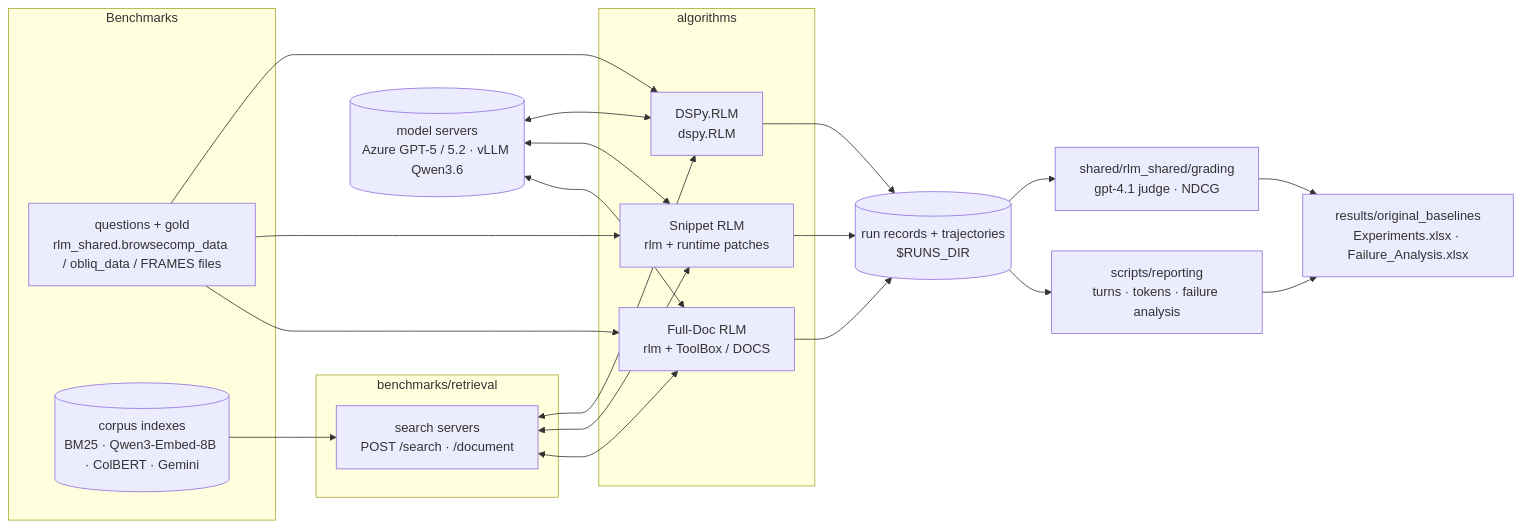
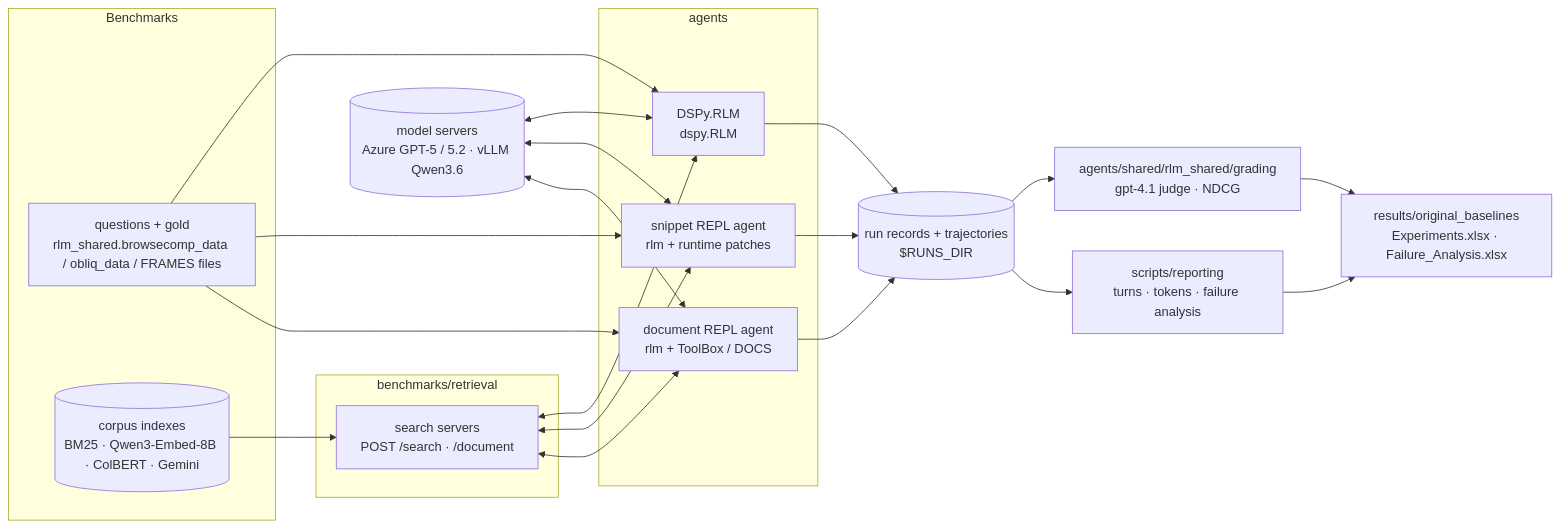
Before and after one commit to benayedi/rlm-retrieval-agents: the diagram in docs/architecture/OVERVIEW.md, drawn with Mermaid. The commit also changed other lines of this file and 475 other files, not shown here.

````diff
--- a/docs/architecture/OVERVIEW.md
+++ b/docs/architecture/OVERVIEW.md
@@ -5,25 +5,25 @@
 ```mermaid
 flowchart LR
   subgraph data[Benchmarks]
     Q[questions + gold<br/>rlm_shared.browsecomp_data / obliq_data / FRAMES files]
     C[(corpus indexes<br/>BM25 · Qwen3-Embed-8B · ColBERT · Gemini)]
   end
   subgraph retr[benchmarks/retrieval]
     S[search servers<br/>POST /search · /document]
   end
-  subgraph algos[algorithms]
+  subgraph algos[agents]
     D[DSPy.RLM<br/>dspy.RLM]
-    SN[Snippet RLM<br/>rlm + runtime patches]
-    FD[Full-Doc RLM<br/>rlm + ToolBox / DOCS]
+    SN[snippet REPL agent<br/>rlm + runtime patches]
+    FD[document REPL agent<br/>rlm + ToolBox / DOCS]
   end
   M[(model servers<br/>Azure GPT-5 / 5.2 · vLLM Qwen3.6)]
   R[(run records + trajectories<br/>$RUNS_DIR)]
-  G[shared/rlm_shared/grading<br/>gpt-4.1 judge · NDCG]
+  G[agents/shared/rlm_shared/grading<br/>gpt-4.1 judge · NDCG]
   W[results/original_baselines<br/>Experiments.xlsx · Failure_Analysis.xlsx]
   C --> S
   Q --> D & SN & FD
   S <--> D & SN & FD
   M <--> D & SN & FD
   D & SN & FD --> R --> G --> W
   R --> RP[scripts/reporting<br/>turns · tokens · failure analysis] --> W
 ```
````
